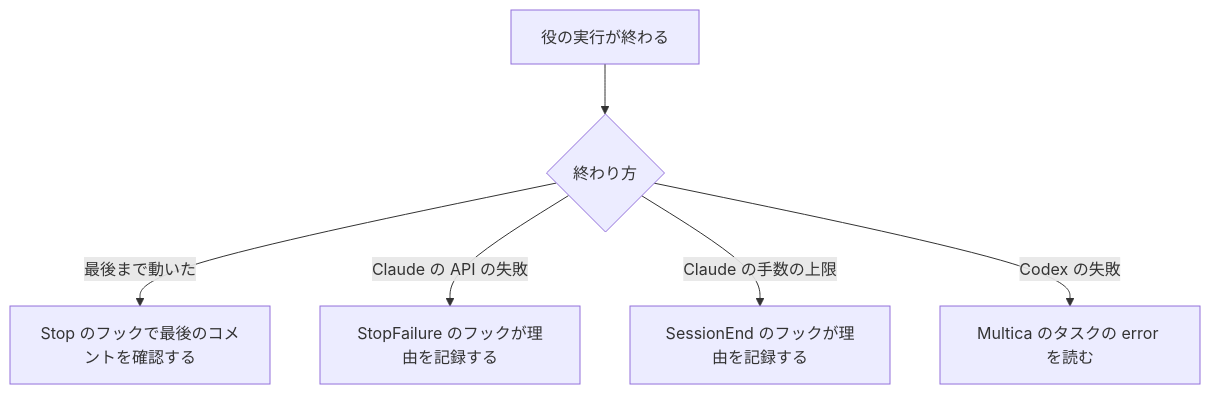
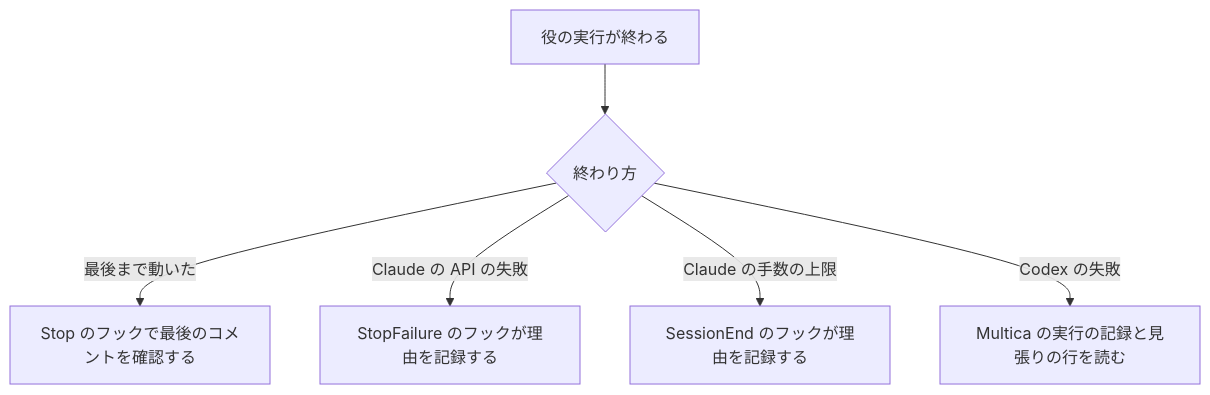
The diagram in docs/agent-run-stops.md (drecom/multica-squad-kit), drawn with Mermaid before and after one commit. The commit also changed other lines of this file and 2 other files, not shown here.

````diff
--- a/docs/agent-run-stops.md
+++ b/docs/agent-run-stops.md
@@ -21,8 +23,8 @@
 ```mermaid
 flowchart TD
     A[役の実行が終わる] --> B{終わり方}
     B -->|最後まで動いた| C[Stop のフックで最後のコメントを確認する]
     B -->|Claude の API の失敗| D[StopFailure のフックが理由を記録する]
     B -->|Claude の手数の上限| E[SessionEnd のフックが理由を記録する]
-    B -->|Codex の失敗| F[Multica のタスクの error を読む]
+    B -->|Codex の失敗| F[Multica の実行の記録と見張りの行を読む]
 ```
````
